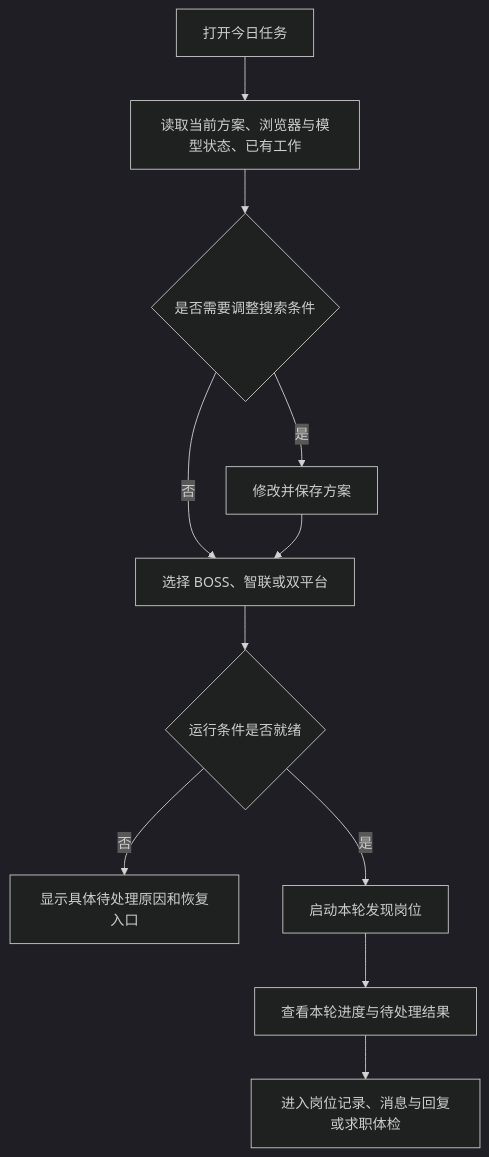
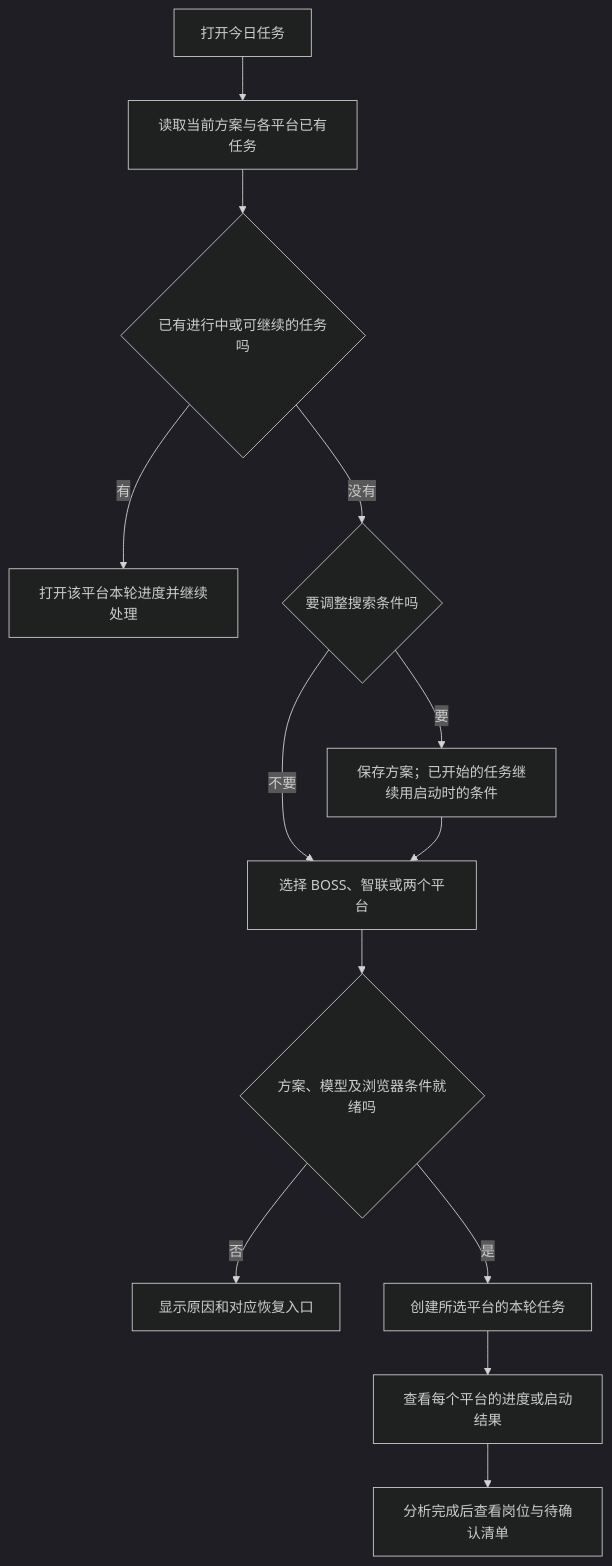
One commit to daydreamer0213/OfferGo changed the third of 16 diagrams in docs/offergo-product-module-flows.md. Above: the diagram before and after it, drawn with Mermaid (dark theme). The commit also changed other lines of this file, not shown here.

Commit message:
docs: correct OfferGo module flow diagrams against code

````diff
--- a/docs/offergo-product-module-flows.md
+++ b/docs/offergo-product-module-flows.md
@@ -54,13 +68,15 @@
 ```mermaid
 flowchart TD
-  A[打开今日任务] --> B[读取当前方案、浏览器与模型状态、已有工作]
-  B --> C{是否需要调整搜索条件}
-  C -- 是 --> D[修改并保存方案]
-  C -- 否 --> E[选择 BOSS、智联或双平台]
-  D --> E
-  E --> F{运行条件是否就绪}
-  F -- 否 --> G[显示具体待处理原因和恢复入口]
-  F -- 是 --> H[启动本轮发现岗位]
-  H --> I[查看本轮进度与待处理结果]
-  I --> J[进入岗位记录、消息与回复或求职体检]
+  A[打开今日任务] --> B[读取当前方案与各平台已有任务]
+  B --> C{已有进行中或可继续的任务吗}
+  C -- 有 --> D[打开该平台本轮进度并继续处理]
+  C -- 没有 --> E{要调整搜索条件吗}
+  E -- 要 --> F[保存方案；已开始的任务继续用启动时的条件]
+  E -- 不要 --> G[选择 BOSS、智联或两个平台]
+  F --> G
+  G --> H{方案、模型及浏览器条件就绪吗}
+  H -- 否 --> I[显示原因和对应恢复入口]
+  H -- 是 --> J[创建所选平台的本轮任务]
+  J --> K[查看每个平台的进度或启动结果]
+  K --> L[分析完成后查看岗位与待确认清单]
 ```
````
